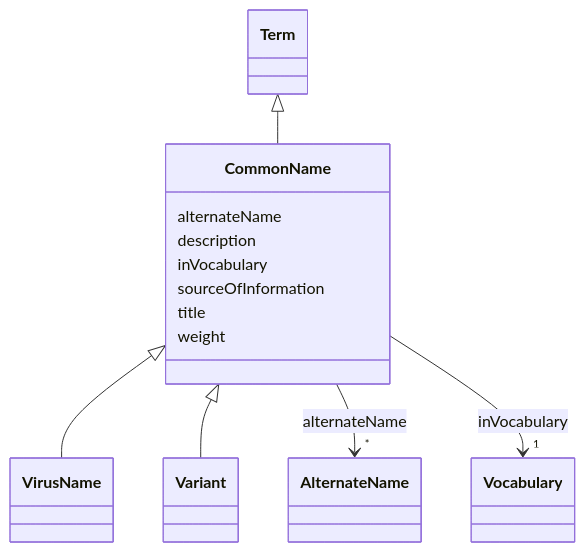
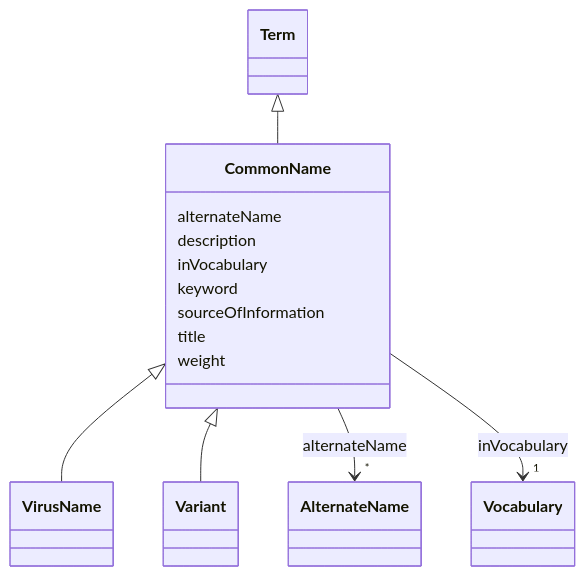
One commit to EVORA-project/evora-ontology changed the diagram in models/docs/CommonName.md. Above: the diagram before and after it, drawn with Mermaid. The commit also changed other lines of this file and 402 other files, not shown here.

````diff
--- a/models/docs/CommonName.md
+++ b/models/docs/CommonName.md
@@ -19,42 +19,44 @@
 ```mermaid
  classDiagram
     class CommonName
     click CommonName href "../CommonName"
       Term <|-- CommonName
         click Term href "../Term"
       
 
       CommonName <|-- VirusName
         click VirusName href "../VirusName"
       CommonName <|-- Variant
         click Variant href "../Variant"
       
       
       CommonName : alternateName
         
           
     
     
     CommonName --> "*" AlternateName : alternateName
     click AlternateName href "../AlternateName"
 
         
       CommonName : description
         
       CommonName : inVocabulary
         
           
     
     
     CommonName --> "1" Vocabulary : inVocabulary
     click Vocabulary href "../Vocabulary"
 
         
+      CommonName : keyword
+        
       CommonName : sourceOfInformation
         
       CommonName : title
         
       CommonName : weight
         
       
 ```
````
